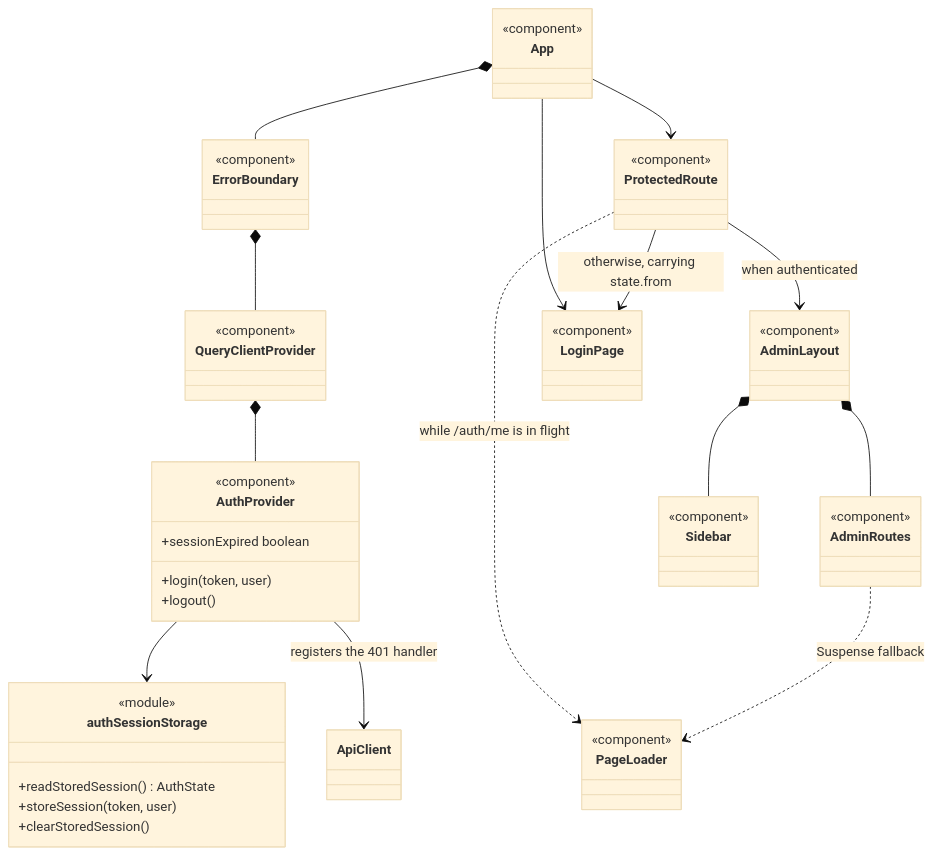
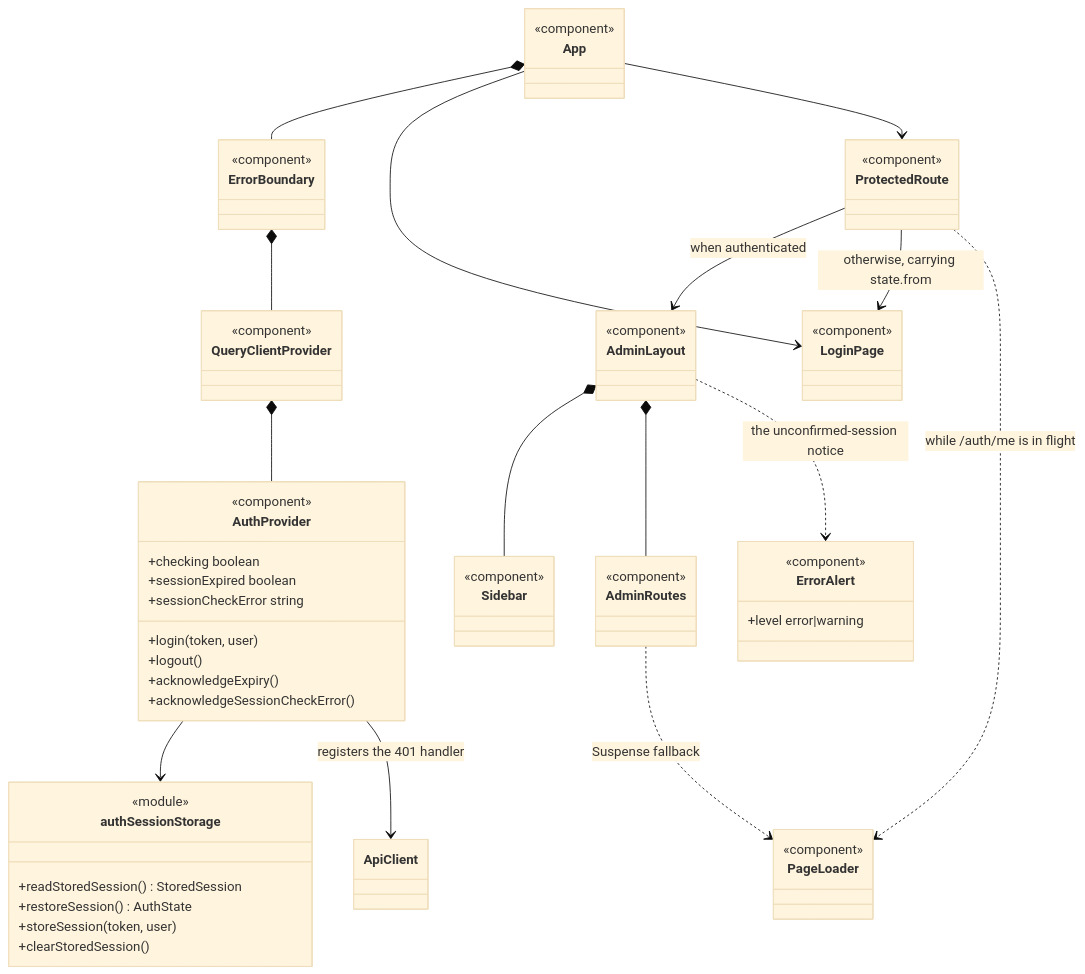
Before and after one commit to AlparslanSemiz/rate-my-professor: the sixth of 6 diagrams in admin-web/docs/class-diagram.md, drawn with Mermaid (base theme). The commit also changed other lines of this file, not shown here.

Commit message:
docs: redraw the api layer with the transport seam and error hierarchy

````diff
--- a/admin-web/docs/class-diagram.md
+++ b/admin-web/docs/class-diagram.md
@@ -591,60 +672,70 @@
 ```mermaid
 classDiagram
   direction TB
 
   class App {
     <<component>>
   }
   class ErrorBoundary {
     <<component>>
   }
   class QueryClientProvider {
     <<component>>
   }
   class AuthProvider {
     <<component>>
     +login(token, user)
     +logout()
+    +checking boolean
     +sessionExpired boolean
+    +sessionCheckError string
+    +acknowledgeExpiry()
+    +acknowledgeSessionCheckError()
   }
   class authSessionStorage {
     <<module>>
-    +readStoredSession() AuthState
+    +readStoredSession() StoredSession
+    +restoreSession() AuthState
     +storeSession(token, user)
     +clearStoredSession()
+  }
+  class ErrorAlert {
+    <<component>>
+    +level error|warning
   }
   class ProtectedRoute {
     <<component>>
   }
   class AdminLayout {
     <<component>>
   }
   class AdminRoutes {
     <<component>>
   }
   class Sidebar {
     <<component>>
   }
   class LoginPage {
     <<component>>
   }
   class PageLoader {
     <<component>>
   }
   class ApiClient {
   }
 
   App *-- ErrorBoundary
   ErrorBoundary *-- QueryClientProvider
   QueryClientProvider *-- AuthProvider
   AuthProvider --> authSessionStorage
   AuthProvider --> ApiClient : registers the 401 handler
   App --> LoginPage
   App --> ProtectedRoute
   ProtectedRoute --> AdminLayout : when authenticated
   ProtectedRoute --> LoginPage : otherwise, carrying state.from
   ProtectedRoute ..> PageLoader : while /auth/me is in flight
   AdminLayout *-- Sidebar
   AdminLayout *-- AdminRoutes
+  AdminLayout ..> ErrorAlert : the unconfirmed-session notice
   AdminRoutes ..> PageLoader : Suspense fallback
 ```
````
